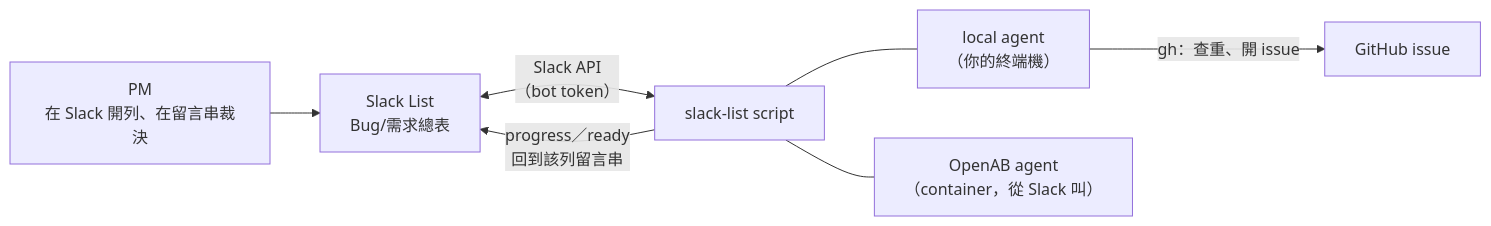
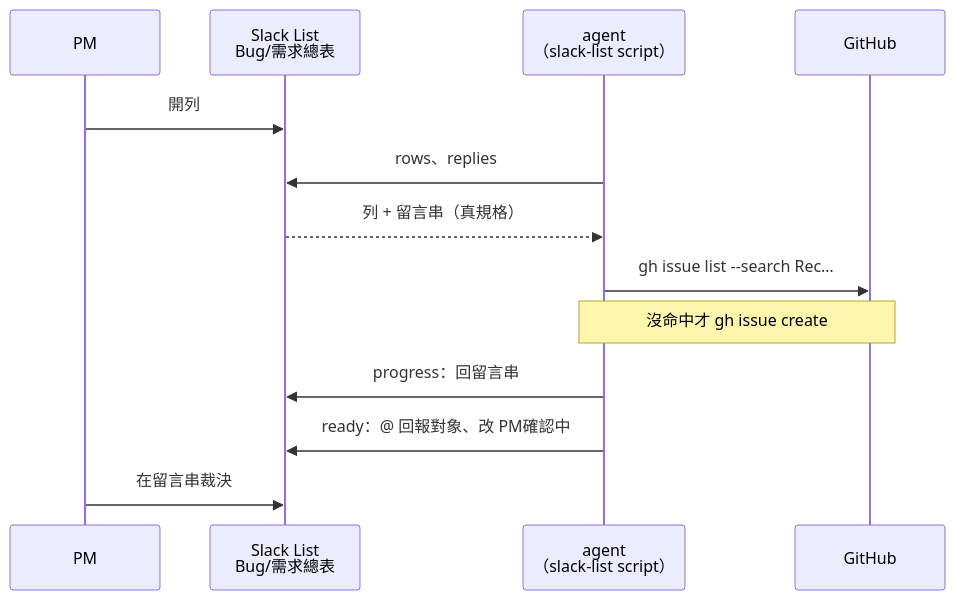
One commit to henry5720/agent-config changed the diagram in docs/skills/slack-list.md. Above: the diagram before and after it, drawn with Mermaid. The commit also changed 2 other files, not shown here.

Commit message:
docs: docs/skills 四張圖照「一張圖只講一件事」改寫
- README.md 挑哪個做法：節點只留動作，「兩招都管不到」與 symlink 路徑移到圖下
- slack-list.md 全貌：改成 sequenceDiagram，照時間排 PM、Slack List、agent、GitHub；
  local／OpenAB 的差別留給〈兩種跑法〉
- chrome-mcp.md 全貌：攤平巢狀 subgraph 成兩條路徑，拿掉 chrome-mcp 節點（下方已有它的流程圖）
- chrome-mcp.md 設定放在哪：mermaid 改成「設定｜在哪個 repo｜路徑｜作用」表格，
  sync 的去向交給下方既有的 client 表

henry5720/dotfiles#99

````diff
--- a/docs/skills/slack-list.md
+++ b/docs/skills/slack-list.md
@@ -11,9 +11,15 @@
 ```mermaid
-flowchart LR
-  PM["PM<br/>在 Slack 開列、在留言串裁決"] --> L["Slack List<br/>Bug/需求總表"]
-  L <-- "Slack API<br/>（bot token）" --> S["slack-list script"]
-  S --- A1["local agent<br/>（你的終端機）"]
-  S --- A2["OpenAB agent<br/>（container，從 Slack 叫）"]
-  A1 -- "gh：查重、開 issue" --> G["GitHub issue"]
-  S -- "progress／ready<br/>回到該列留言串" --> L
+sequenceDiagram
+  participant PM
+  participant L as Slack List<br/>Bug/需求總表
+  participant A as agent<br/>（slack-list script）
+  participant G as GitHub
+  PM->>L: 開列
+  A->>L: rows、replies
+  L-->>A: 列 + 留言串（真規格）
+  A->>G: gh issue list --search Rec…
+  Note over A,G: 沒命中才 gh issue create
+  A->>L: progress：回留言串
+  A->>L: ready：@ 回報對象、改 PM確認中
+  PM->>L: 在留言串裁決
 ```
````
